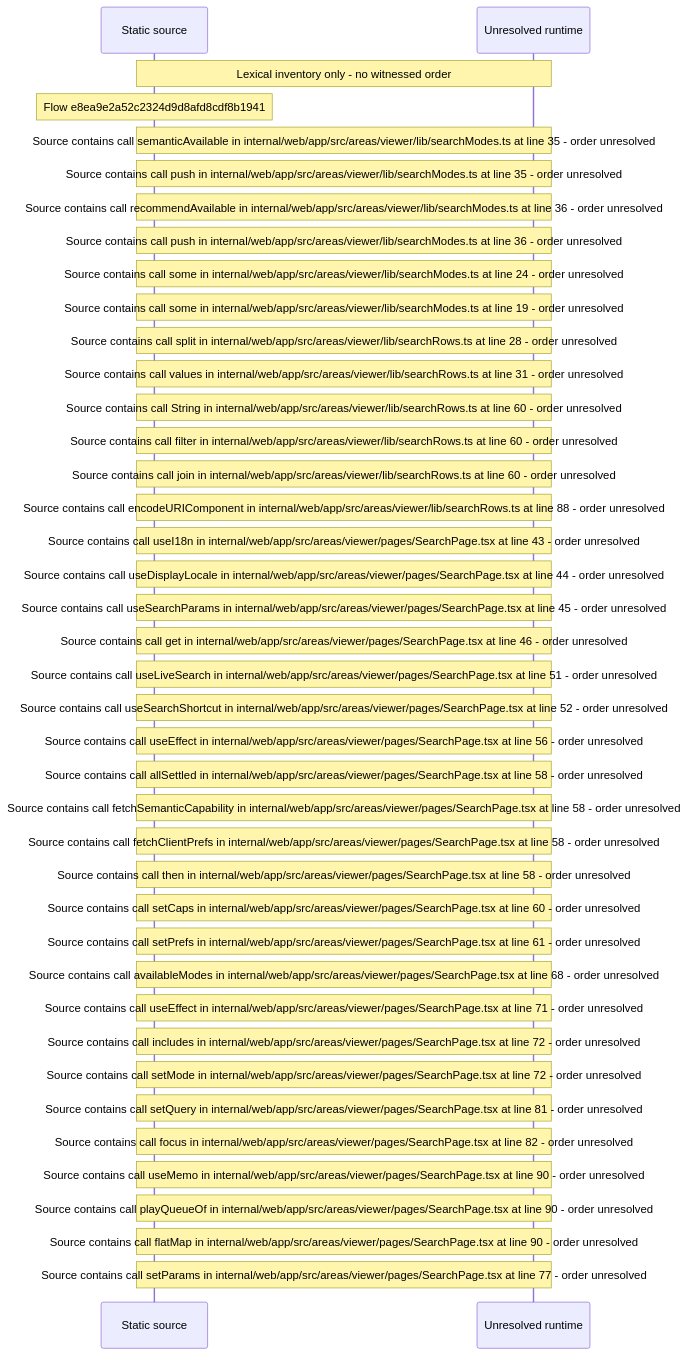
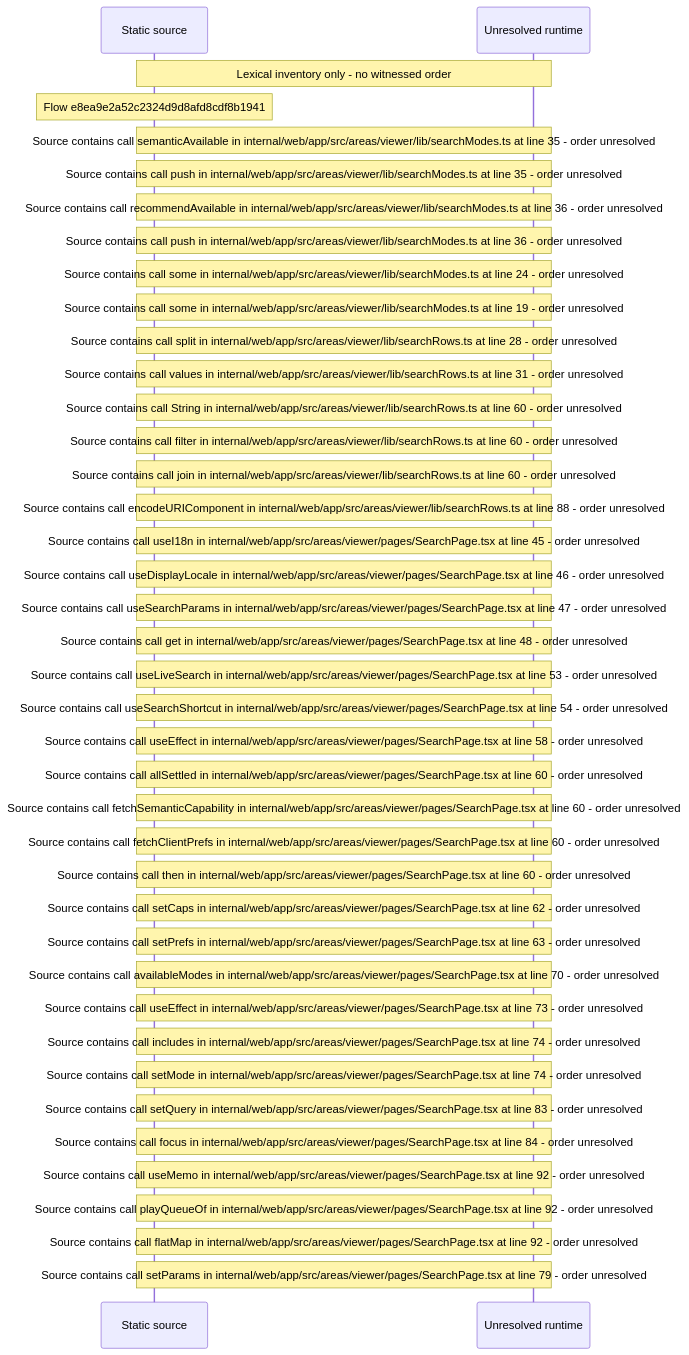
One commit to beamfall/core changed the diagram in docs/web/flows/generated/e8ea9e2a52c2324d9d8afd8cdf8b1941/flow-diagram.md. Above: the diagram before and after it, drawn with Mermaid. The commit also changed other lines of this file and 715 other files, not shown here.

Commit message:
Regenerate the web flow record on the landing stack head (CORE-1762)

````diff
--- a/docs/web/flows/generated/e8ea9e2a52c2324d9d8afd8cdf8b1941/flow-diagram.md
+++ b/docs/web/flows/generated/e8ea9e2a52c2324d9d8afd8cdf8b1941/flow-diagram.md
@@ -10,42 +10,42 @@
 ```mermaid
 sequenceDiagram
     participant S as Static source
     participant U as Unresolved runtime
     Note over S,U: Lexical inventory only - no witnessed order
     Note over S: Flow e8ea9e2a52c2324d9d8afd8cdf8b1941
     Note over S,U: Source contains call semanticAvailable in internal/web/app/src/areas/viewer/lib/searchModes.ts at line 35 - order unresolved
     Note over S,U: Source contains call push in internal/web/app/src/areas/viewer/lib/searchModes.ts at line 35 - order unresolved
     Note over S,U: Source contains call recommendAvailable in internal/web/app/src/areas/viewer/lib/searchModes.ts at line 36 - order unresolved
     Note over S,U: Source contains call push in internal/web/app/src/areas/viewer/lib/searchModes.ts at line 36 - order unresolved
     Note over S,U: Source contains call some in internal/web/app/src/areas/viewer/lib/searchModes.ts at line 24 - order unresolved
     Note over S,U: Source contains call some in internal/web/app/src/areas/viewer/lib/searchModes.ts at line 19 - order unresolved
     Note over S,U: Source contains call split in internal/web/app/src/areas/viewer/lib/searchRows.ts at line 28 - order unresolved
     Note over S,U: Source contains call values in internal/web/app/src/areas/viewer/lib/searchRows.ts at line 31 - order unresolved
     Note over S,U: Source contains call String in internal/web/app/src/areas/viewer/lib/searchRows.ts at line 60 - order unresolved
     Note over S,U: Source contains call filter in internal/web/app/src/areas/viewer/lib/searchRows.ts at line 60 - order unresolved
     Note over S,U: Source contains call join in internal/web/app/src/areas/viewer/lib/searchRows.ts at line 60 - order unresolved
     Note over S,U: Source contains call encodeURIComponent in internal/web/app/src/areas/viewer/lib/searchRows.ts at line 88 - order unresolved
-    Note over S,U: Source contains call useI18n in internal/web/app/src/areas/viewer/pages/SearchPage.tsx at line 43 - order unresolved
-    Note over S,U: Source contains call useDisplayLocale in internal/web/app/src/areas/viewer/pages/SearchPage.tsx at line 44 - order unresolved
-    Note over S,U: Source contains call useSearchParams in internal/web/app/src/areas/viewer/pages/SearchPage.tsx at line 45 - order unresolved
-    Note over S,U: Source contains call get in internal/web/app/src/areas/viewer/pages/SearchPage.tsx at line 46 - order unresolved
-    Note over S,U: Source contains call useLiveSearch in internal/web/app/src/areas/viewer/pages/SearchPage.tsx at line 51 - order unresolved
-    Note over S,U: Source contains call useSearchShortcut in internal/web/app/src/areas/viewer/pages/SearchPage.tsx at line 52 - order unresolved
-    Note over S,U: Source contains call useEffect in internal/web/app/src/areas/viewer/pages/SearchPage.tsx at line 56 - order unresolved
-    Note over S,U: Source contains call allSettled in internal/web/app/src/areas/viewer/pages/SearchPage.tsx at line 58 - order unresolved
-    Note over S,U: Source contains call fetchSemanticCapability in internal/web/app/src/areas/viewer/pages/SearchPage.tsx at line 58 - order unresolved
-    Note over S,U: Source contains call fetchClientPrefs in internal/web/app/src/areas/viewer/pages/SearchPage.tsx at line 58 - order unresolved
-    Note over S,U: Source contains call then in internal/web/app/src/areas/viewer/pages/SearchPage.tsx at line 58 - order unresolved
-    Note over S,U: Source contains call setCaps in internal/web/app/src/areas/viewer/pages/SearchPage.tsx at line 60 - order unresolved
-    Note over S,U: Source contains call setPrefs in internal/web/app/src/areas/viewer/pages/SearchPage.tsx at line 61 - order unresolved
-    Note over S,U: Source contains call availableModes in internal/web/app/src/areas/viewer/pages/SearchPage.tsx at line 68 - order unresolved
-    Note over S,U: Source contains call useEffect in internal/web/app/src/areas/viewer/pages/SearchPage.tsx at line 71 - order unresolved
-    Note over S,U: Source contains call includes in internal/web/app/src/areas/viewer/pages/SearchPage.tsx at line 72 - order unresolved
-    Note over S,U: Source contains call setMode in internal/web/app/src/areas/viewer/pages/SearchPage.tsx at line 72 - order unresolved
-    Note over S,U: Source contains call setQuery in internal/web/app/src/areas/viewer/pages/SearchPage.tsx at line 81 - order unresolved
-    Note over S,U: Source contains call focus in internal/web/app/src/areas/viewer/pages/SearchPage.tsx at line 82 - order unresolved
-    Note over S,U: Source contains call useMemo in internal/web/app/src/areas/viewer/pages/SearchPage.tsx at line 90 - order unresolved
-    Note over S,U: Source contains call playQueueOf in internal/web/app/src/areas/viewer/pages/SearchPage.tsx at line 90 - order unresolved
-    Note over S,U: Source contains call flatMap in internal/web/app/src/areas/viewer/pages/SearchPage.tsx at line 90 - order unresolved
-    Note over S,U: Source contains call setParams in internal/web/app/src/areas/viewer/pages/SearchPage.tsx at line 77 - order unresolved
+    Note over S,U: Source contains call useI18n in internal/web/app/src/areas/viewer/pages/SearchPage.tsx at line 45 - order unresolved
+    Note over S,U: Source contains call useDisplayLocale in internal/web/app/src/areas/viewer/pages/SearchPage.tsx at line 46 - order unresolved
+    Note over S,U: Source contains call useSearchParams in internal/web/app/src/areas/viewer/pages/SearchPage.tsx at line 47 - order unresolved
+    Note over S,U: Source contains call get in internal/web/app/src/areas/viewer/pages/SearchPage.tsx at line 48 - order unresolved
+    Note over S,U: Source contains call useLiveSearch in internal/web/app/src/areas/viewer/pages/SearchPage.tsx at line 53 - order unresolved
+    Note over S,U: Source contains call useSearchShortcut in internal/web/app/src/areas/viewer/pages/SearchPage.tsx at line 54 - order unresolved
+    Note over S,U: Source contains call useEffect in internal/web/app/src/areas/viewer/pages/SearchPage.tsx at line 58 - order unresolved
+    Note over S,U: Source contains call allSettled in internal/web/app/src/areas/viewer/pages/SearchPage.tsx at line 60 - order unresolved
+    Note over S,U: Source contains call fetchSemanticCapability in internal/web/app/src/areas/viewer/pages/SearchPage.tsx at line 60 - order unresolved
+    Note over S,U: Source contains call fetchClientPrefs in internal/web/app/src/areas/viewer/pages/SearchPage.tsx at line 60 - order unresolved
+    Note over S,U: Source contains call then in internal/web/app/src/areas/viewer/pages/SearchPage.tsx at line 60 - order unresolved
+    Note over S,U: Source contains call setCaps in internal/web/app/src/areas/viewer/pages/SearchPage.tsx at line 62 - order unresolved
+    Note over S,U: Source contains call setPrefs in internal/web/app/src/areas/viewer/pages/SearchPage.tsx at line 63 - order unresolved
+    Note over S,U: Source contains call availableModes in internal/web/app/src/areas/viewer/pages/SearchPage.tsx at line 70 - order unresolved
+    Note over S,U: Source contains call useEffect in internal/web/app/src/areas/viewer/pages/SearchPage.tsx at line 73 - order unresolved
+    Note over S,U: Source contains call includes in internal/web/app/src/areas/viewer/pages/SearchPage.tsx at line 74 - order unresolved
+    Note over S,U: Source contains call setMode in internal/web/app/src/areas/viewer/pages/SearchPage.tsx at line 74 - order unresolved
+    Note over S,U: Source contains call setQuery in internal/web/app/src/areas/viewer/pages/SearchPage.tsx at line 83 - order unresolved
+    Note over S,U: Source contains call focus in internal/web/app/src/areas/viewer/pages/SearchPage.tsx at line 84 - order unresolved
+    Note over S,U: Source contains call useMemo in internal/web/app/src/areas/viewer/pages/SearchPage.tsx at line 92 - order unresolved
+    Note over S,U: Source contains call playQueueOf in internal/web/app/src/areas/viewer/pages/SearchPage.tsx at line 92 - order unresolved
+    Note over S,U: Source contains call flatMap in internal/web/app/src/areas/viewer/pages/SearchPage.tsx at line 92 - order unresolved
+    Note over S,U: Source contains call setParams in internal/web/app/src/areas/viewer/pages/SearchPage.tsx at line 79 - order unresolved
 ```
````
